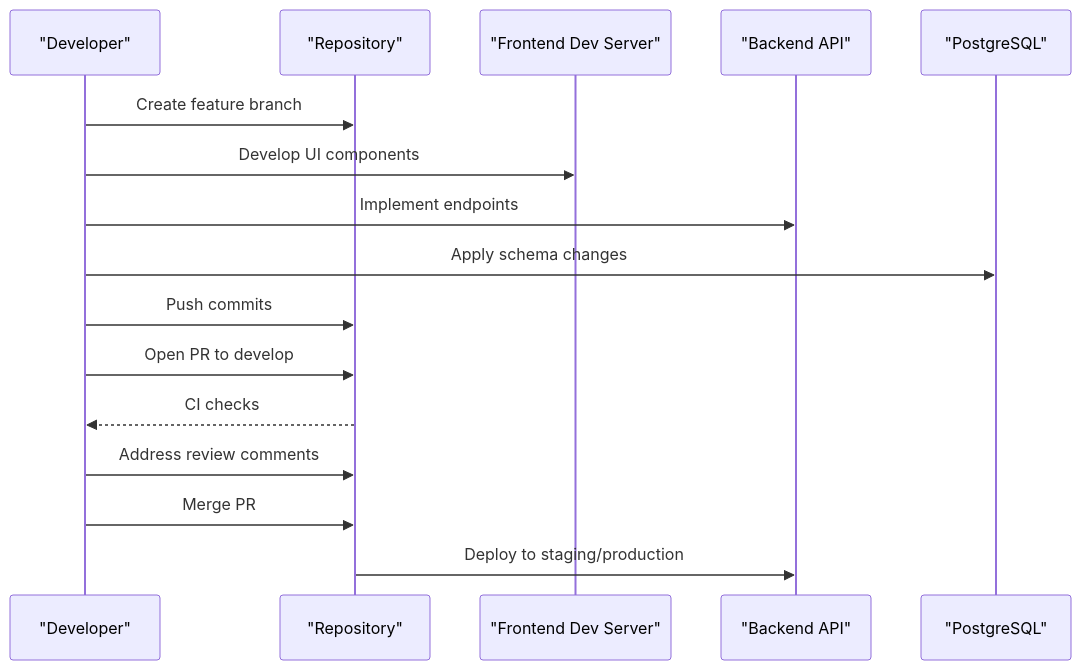
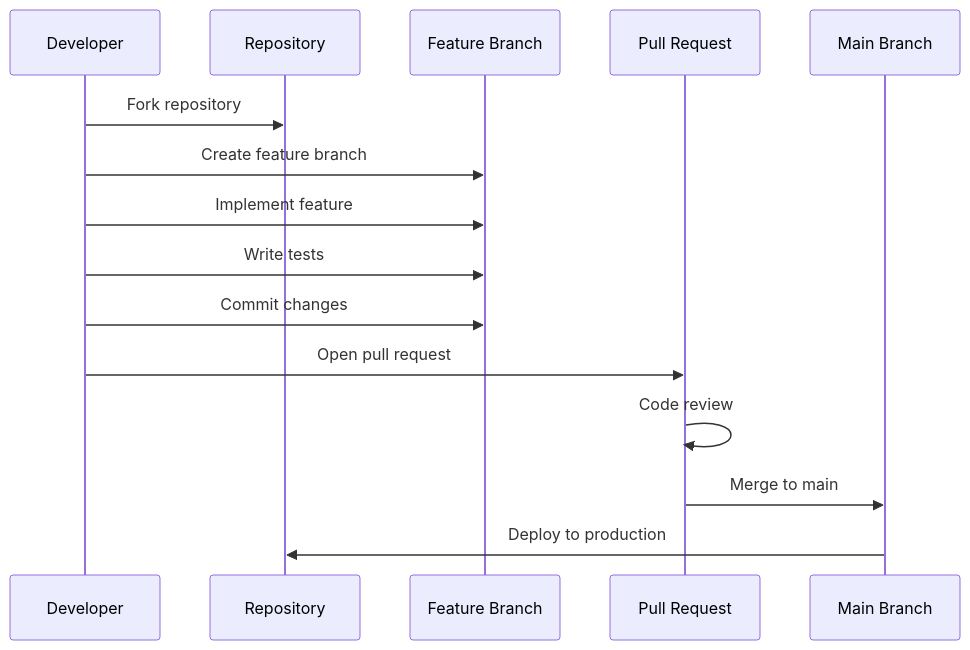
One commit to Alexandrexicara/craque-vision changed the first of 2 diagrams in .qoder/repowiki/en/content/Contributing Guidelines.md. Above: the diagram before and after it, drawn with Mermaid. The commit also changed other lines of this file and 10 other files, not shown here.

````diff
--- a/.qoder/repowiki/en/content/Contributing Guidelines.md
+++ b/.qoder/repowiki/en/content/Contributing Guidelines.md
@@ -207,18 +60,17 @@
 ```mermaid
 sequenceDiagram
-participant Dev as "Developer"
-participant Repo as "Repository"
-participant FE as "Frontend Dev Server"
-participant API as "Backend API"
-participant DB as "PostgreSQL"
-Dev->>Repo : Create feature branch
-Dev->>FE : Develop UI components
-Dev->>API : Implement endpoints
-Dev->>DB : Apply schema changes
-Dev->>Repo : Push commits
-Dev->>Repo : Open PR to develop
-Repo-->>Dev : CI checks
-Dev->>Repo : Address review comments
-Dev->>Repo : Merge PR
-Repo->>API : Deploy to staging/production
+participant Dev as Developer
+participant Repo as Repository
+participant Branch as Feature Branch
+participant PR as Pull Request
+participant Main as Main Branch
+Dev->>Repo : Fork repository
+Dev->>Branch : Create feature branch
+Dev->>Branch : Implement feature
+Dev->>Branch : Write tests
+Dev->>Branch : Commit changes
+Dev->>PR : Open pull request
+PR->>PR : Code review
+PR->>Main : Merge to main
+Main->>Repo : Deploy to production
 ```
````
